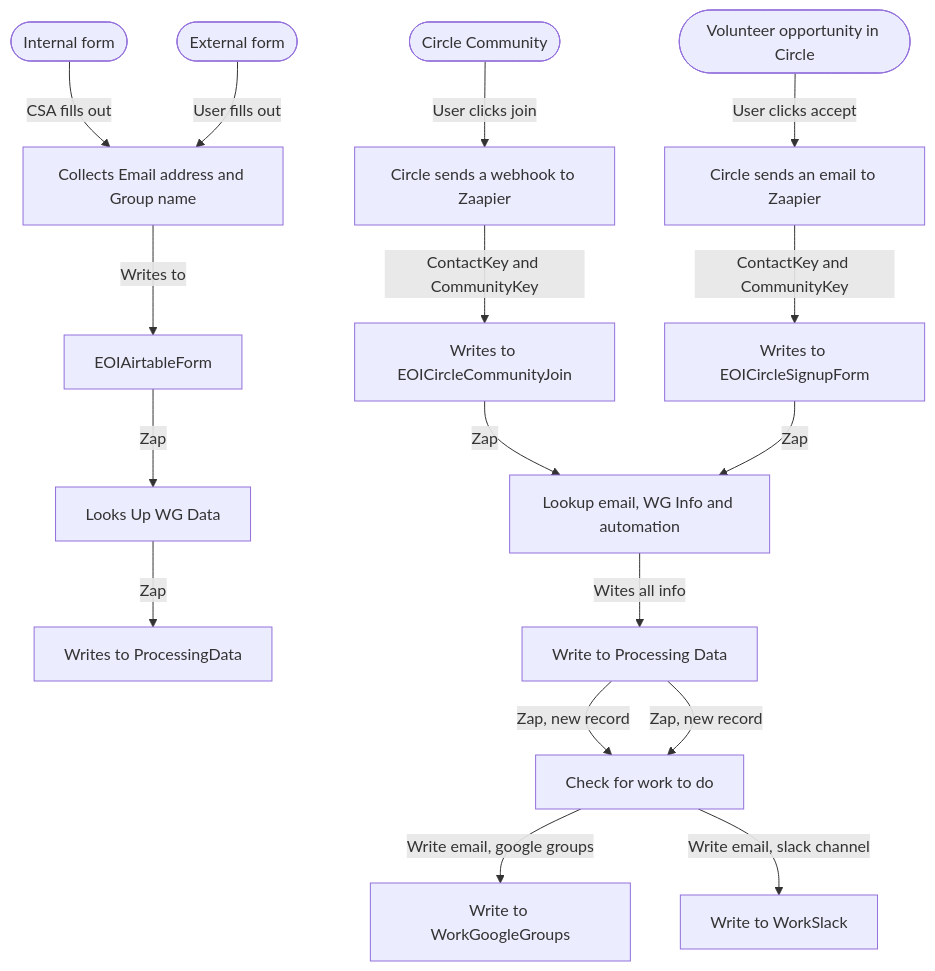
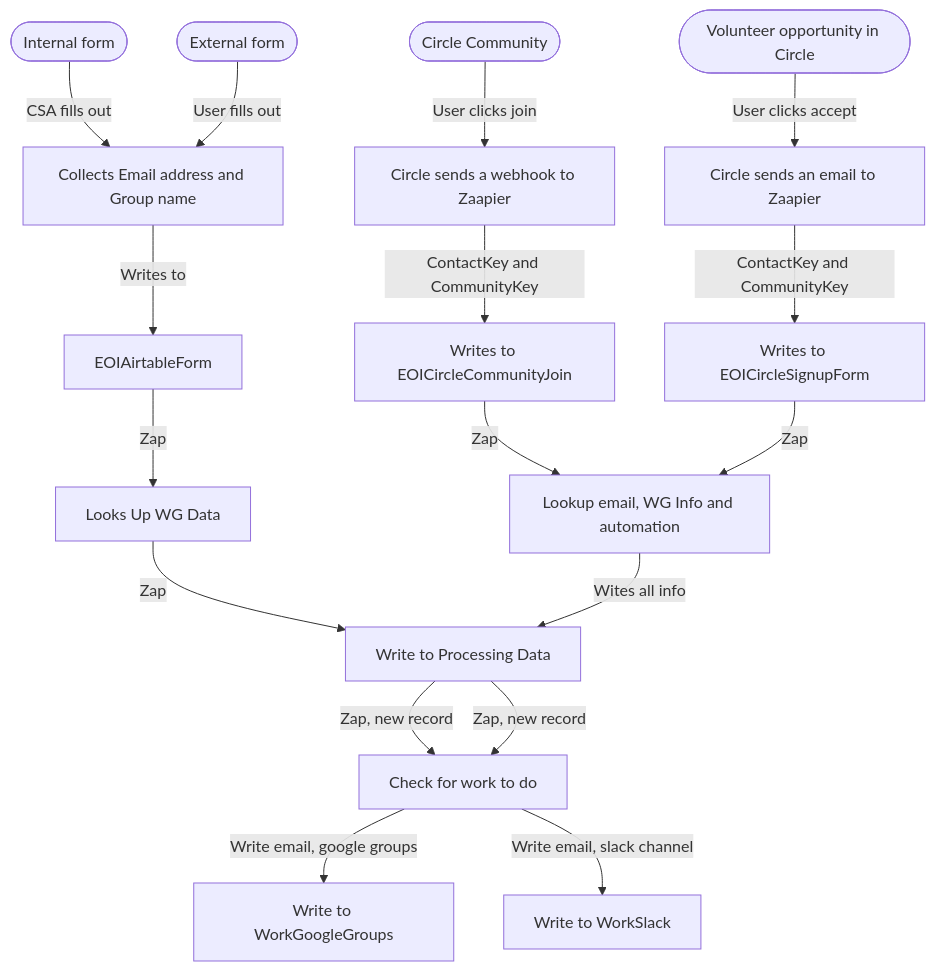
The diagram in projects/WG-automation/diagram.md (CloudSecurityAlliance/CSA-IT-Operations), drawn with Mermaid before and after one commit.

````diff
--- a/projects/WG-automation/diagram.md
+++ b/projects/WG-automation/diagram.md
@@ -1,35 +1,35 @@
 ```mermaid
 graph TD;
 
 
 internalForm([Internal form])
 
 externalForm([External form])
 %% requires email validation, e.g. Google forms "Collect email addresses Respondents will be required to sign in to Google"
 
 joinCommunity([Circle Community])
 joinVolunteer([Volunteer opportunity in Circle])
 
 internalForm --> |CSA fills out| collectEmailAndGroup[Collects Email address and Group name]
 externalForm --> |User fills out| collectEmailAndGroup[Collects Email address and Group name]
 collectEmailAndGroup --> |Writes to| EOIAirtableForm[EOIAirtableForm]
 EOIAirtableForm --> |Zap| LookupWGData[Looks Up WG Data]
-LookupWGData --> |Zap| WritesToProcessingData[Writes to ProcessingData]
+LookupWGData --> |Zap| ProcessingData[Writes to ProcessingData]
 ProcessingData  --> |Zap, new record| CheckForWorkToDo[Check for work to do]
 
 joinCommunity --> |User clicks join| CircleWebHook[Circle sends a webhook to Zaapier]
 joinVolunteer --> |User clicks accept| CircleSendsEmail[Circle sends an email to Zaapier]
 
 CircleWebHook --> |ContactKey and CommunityKey| WritesToEOICircleCommunityJoin[Writes to EOICircleCommunityJoin]
 CircleSendsEmail --> |ContactKey and CommunityKey| WritesToEOICircleSignupForm[Writes to EOICircleSignupForm]
 
 WritesToEOICircleCommunityJoin --> |Zap| LookupWGInfoAndAutomation[Lookup email, WG Info and automation]
 WritesToEOICircleSignupForm --> |Zap| LookupWGInfoAndAutomation[Lookup email, WG Info and automation]
 
 LookupWGInfoAndAutomation --> |Wites all info| ProcessingData[Write to Processing Data]
 
 ProcessingData --> |Zap, new record| CheckForWorkToDo[Check for work to do]
 
 CheckForWorkToDo --> |Write email, google groups| WriteToWorkGoogleGroups[Write to WorkGoogleGroups]
 CheckForWorkToDo --> |Write email, slack channel| WriteToWorkSlack[Write to WorkSlack]
 ```
````
